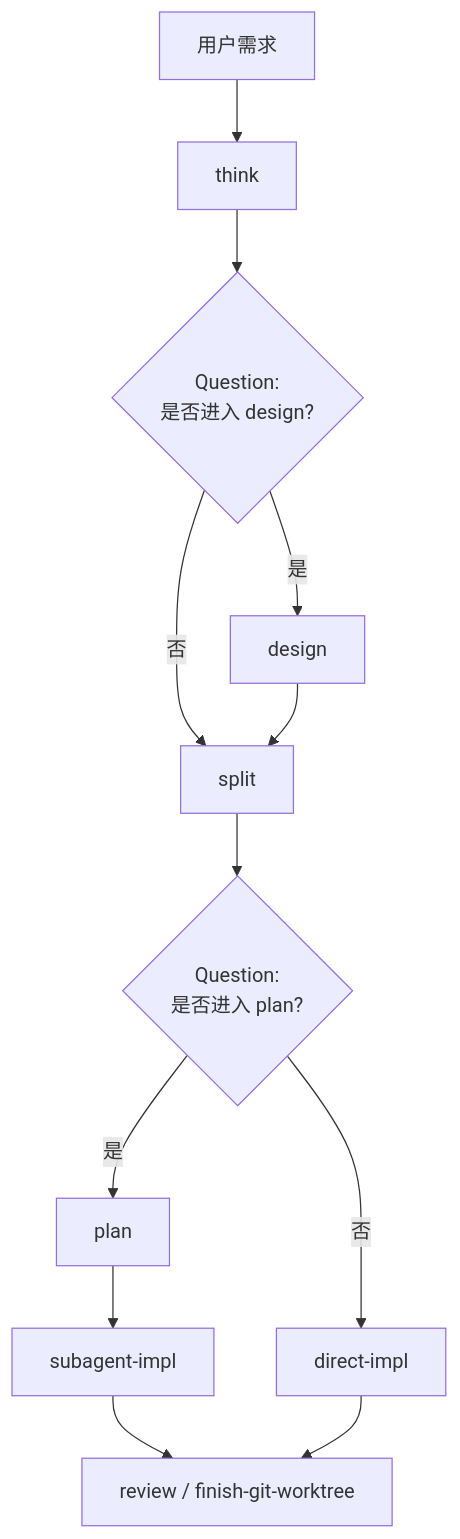
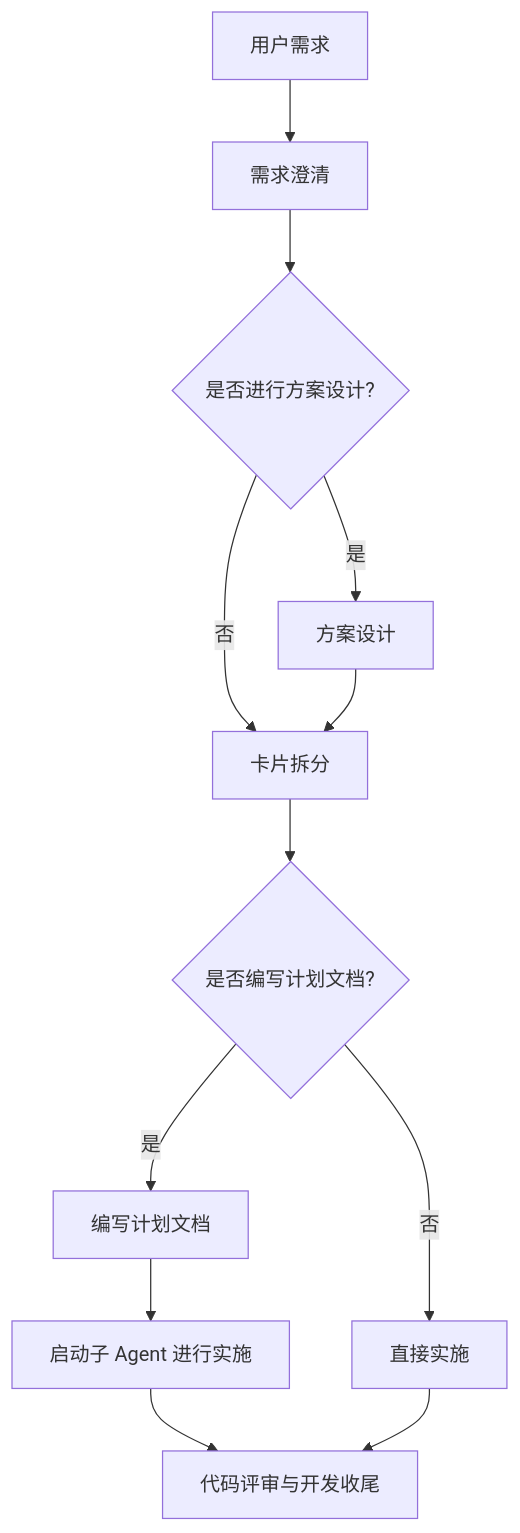
One commit to BaiduComate/mission-flow changed the diagram in skills/using-mission-flow/SKILL.md. Above: the diagram before and after it, drawn with Mermaid. The commit also changed other lines of this file and 11 other files, not shown here.

Commit message:
feat: localize mission flow stage names

````diff
--- a/skills/using-mission-flow/SKILL.md
+++ b/skills/using-mission-flow/SKILL.md
@@ -36,14 +48,14 @@
 ```mermaid
 flowchart TD
-    A[用户需求] --> T[think]
-    T --> QD{Question:<br/>是否进入 design?}
-    QD -->|是| D[design]
-    QD -->|否| S[split]
+    A[用户需求] --> T[需求澄清]
+    T --> QD{是否进行方案设计?}
+    QD -->|是| D[方案设计]
+    QD -->|否| S[卡片拆分]
     D --> S
-    S --> QP{Question:<br/>是否进入 plan?}
-    QP -->|是| P[plan]
-    QP -->|否| I[direct-impl]
-    P --> E[subagent-impl]
-    E --> R[review / finish-git-worktree]
+    S --> QP{是否编写计划文档?}
+    QP -->|是| P[编写计划文档]
+    QP -->|否| I[直接实施]
+    P --> E[启动子 Agent 进行实施]
+    E --> R[代码评审与开发收尾]
     I --> R
 ```
````
